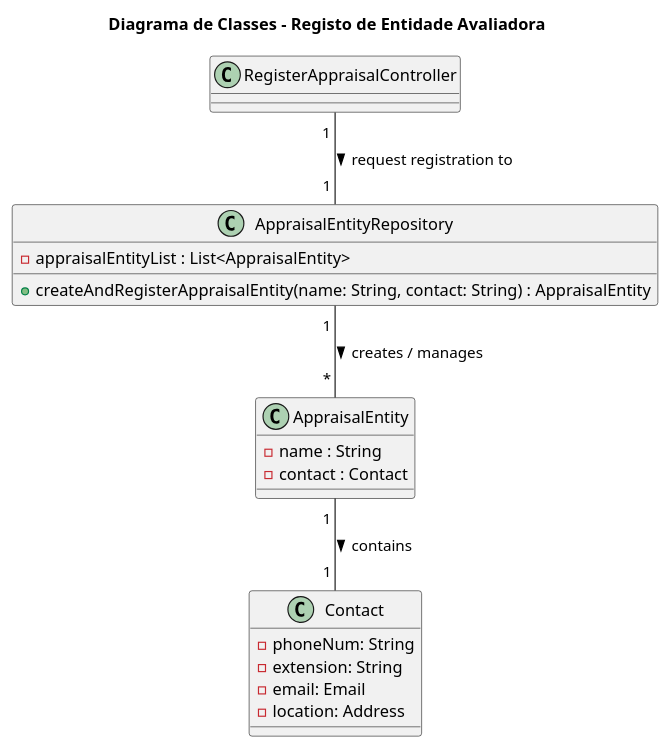
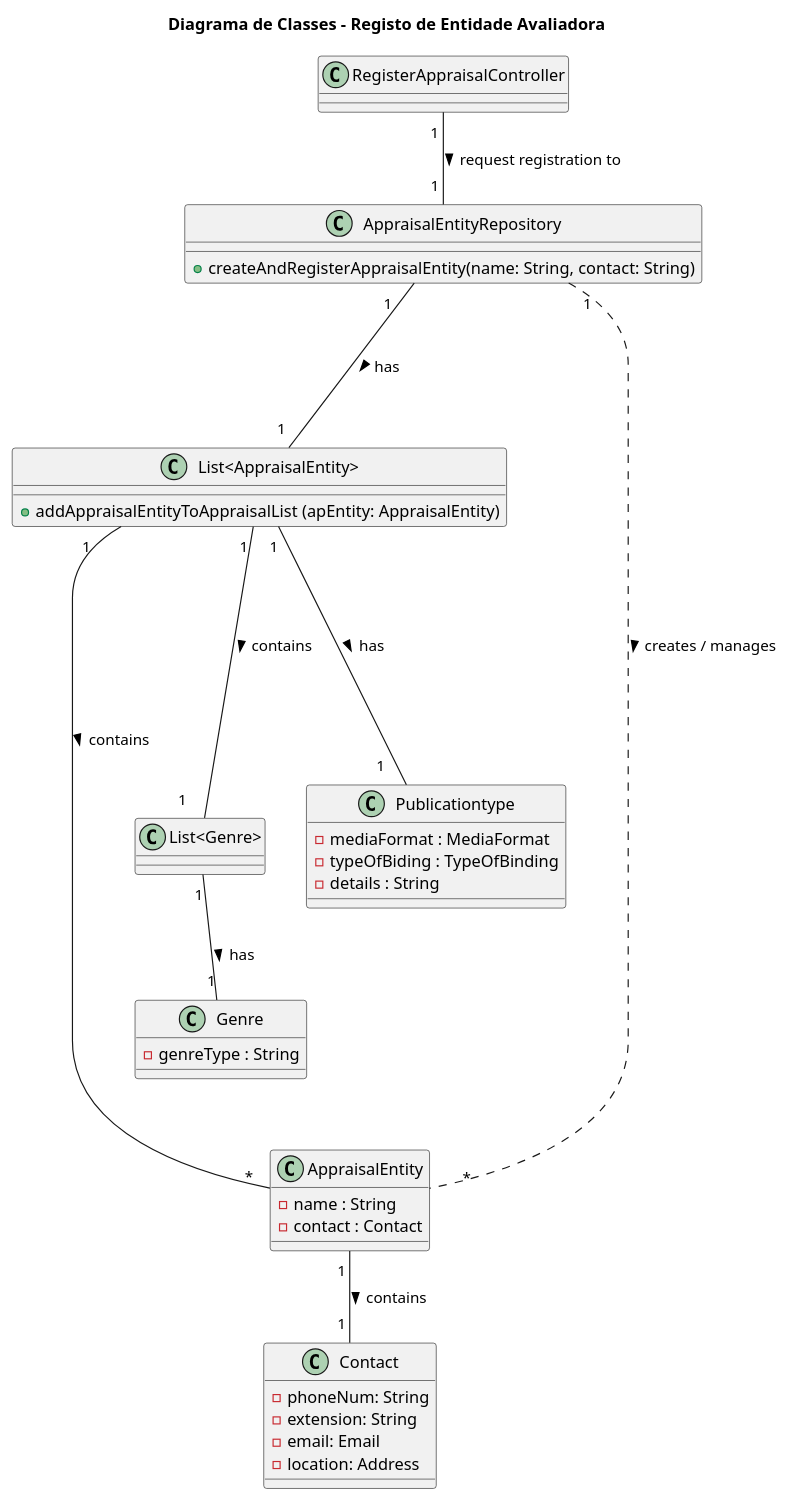
One commit to AndrePereiraGitH/SWitCH-Project-Team_A changed the diagram in Diagrams/ClassDiagrams/US004-to-register-an-appraisal-entity.puml. Above: the diagram before and after it, drawn with PlantUML. The commit also changed 8 other files, not shown here.

Commit message:
Finished #23 #26, sequence and class diagram finished

```diff
--- a/Diagrams/ClassDiagrams/US004-to-register-an-appraisal-entity.puml
+++ b/Diagrams/ClassDiagrams/US004-to-register-an-appraisal-entity.puml
@@ -1,47 +1,58 @@
 @startuml
 title Diagrama de Classes - Registo de Entidade Avaliadora
-/'
-class Administrator {
-  +provideAppraisalEntityData() : void
-}
 
-class UI {
-  +requestAppraisalEntityData() : void
-  +sendAppraisalEntityData(name: String, contact: String) : void
-  +showSuccess() : void
-}
-
-class RegisterAppraisalController {
-  +registerAppraisalEntity(name: String, contact: String) : boolean
-}
-'/
 class AppraisalEntityRepository {
-  -appraisalEntityList : List<AppraisalEntity>
-  +createAndRegisterAppraisalEntity(name: String, contact: String) : AppraisalEntity
+  +createAndRegisterAppraisalEntity(name: String, contact: String)
 ' Those methods are part of createAndRegisterAppraisalEntity
 '  +validateAppraisalEntity(ae: AppraisalEntity) : boolean
 '  +addToAppraisalEntityList(ae: AppraisalEntity) : void
 }
 
+class "List<AppraisalEntity>" {
+  +addAppraisalEntityToAppraisalList (apEntity: AppraisalEntity)
+}
+
+
 class AppraisalEntity {
   -name : String
   -contact : Contact
+}
+
+class "List<Genre>" {
+}
+
+class Genre {
+  -genreType : String
+}
+
+class Publicationtype {
+  -mediaFormat : MediaFormat
+  -typeOfBiding : TypeOfBinding
+  -details : String
 }
 
 class Contact {
   -phoneNum: String
   -extension: String
   -email: Email
   -location: Address
 }
 
 ' Interactions
 
 ' Administrator "1" --> "1" UI : interacts
 ' UI "1" --> "1" RegisterAppraisalController : calls
 
 RegisterAppraisalController "1 " -- "1 " AppraisalEntityRepository : request registration to >
-AppraisalEntityRepository "1 " -- " * " AppraisalEntity : creates / manages >
+AppraisalEntityRepository "    1" .------- "      *   " AppraisalEntity : creates / manages >
+AppraisalEntityRepository "1    " --- " 1  " "List<AppraisalEntity>" : has >
+
+"List<AppraisalEntity>" "1 " -- " *  " AppraisalEntity : contains >
+"List<AppraisalEntity>" "1 " ---- " 1    " "List<Genre>" : contains >
+"List<AppraisalEntity>" "1 " ---- " 1    " Publicationtype : has >
+
+"List<Genre>" "1" -- "1" Genre : has >
+
 AppraisalEntity "1 " -- "1 " Contact : contains >
 
 @enduml
```
